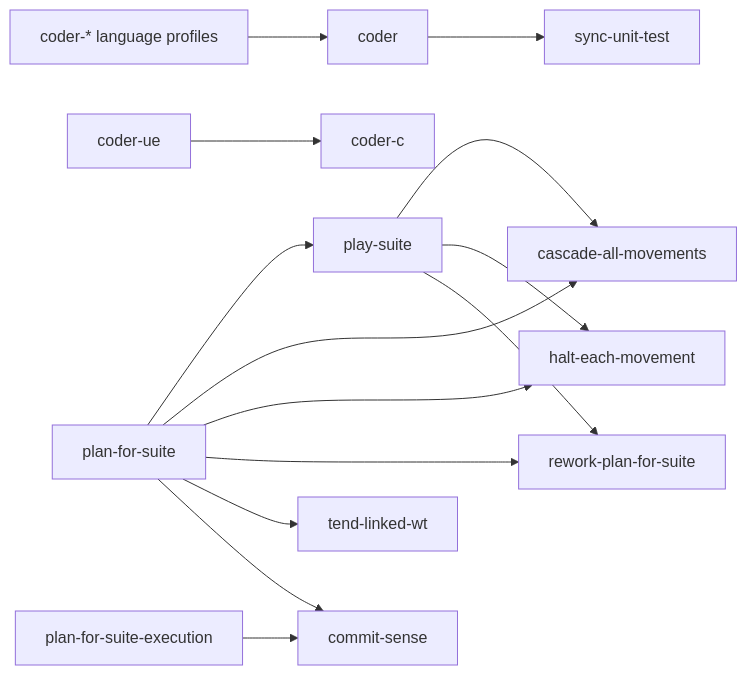
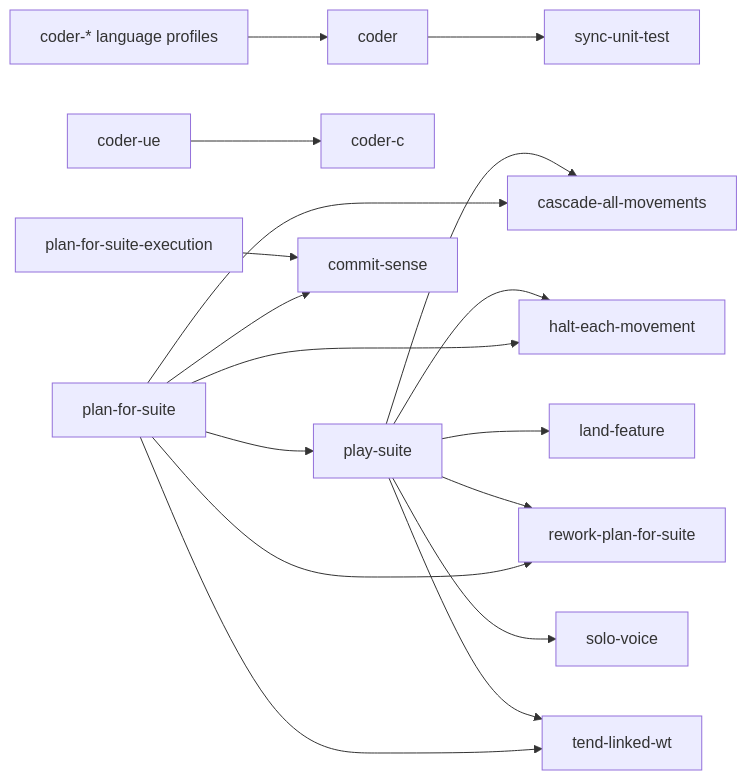
The seventh of 10 diagrams in docs/blueprint-doc.md (kami-lel/kaye-library), drawn with Mermaid before and after one commit. The commit also changed 4 other files, not shown here.

First line of the commit message:
play-suite dispatches instrumental Voices & runs branch Movements

````diff
--- a/docs/blueprint-doc.md
+++ b/docs/blueprint-doc.md
@@ -234,16 +234,19 @@
 ```mermaid
 flowchart LR
     coder_profiles["coder-* language profiles"] --> coder
     coder_ue["coder-ue"] --> coder_c["coder-c"]
     coder --> sync_unit_test["sync-unit-test"]
     plan_for_suite["plan-for-suite"] --> play_suite["play-suite"]
     plan_for_suite --> cascade_all_movements["cascade-all-movements"]
     plan_for_suite --> halt_each_movement["halt-each-movement"]
     plan_for_suite --> rework_plan_for_suite["rework-plan-for-suite"]
     plan_for_suite --> tend_linked_wt["tend-linked-wt"]
     plan_for_suite --> commit_sense["commit-sense"]
     play_suite --> cascade_all_movements
     play_suite --> halt_each_movement
     play_suite --> rework_plan_for_suite
+    play_suite --> tend_linked_wt
+    play_suite --> land_feature["land-feature"]
+    play_suite --> solo_voice["solo-voice"]
     plan_for_suite_execution["plan-for-suite-execution"] --> commit_sense
 ```
````
